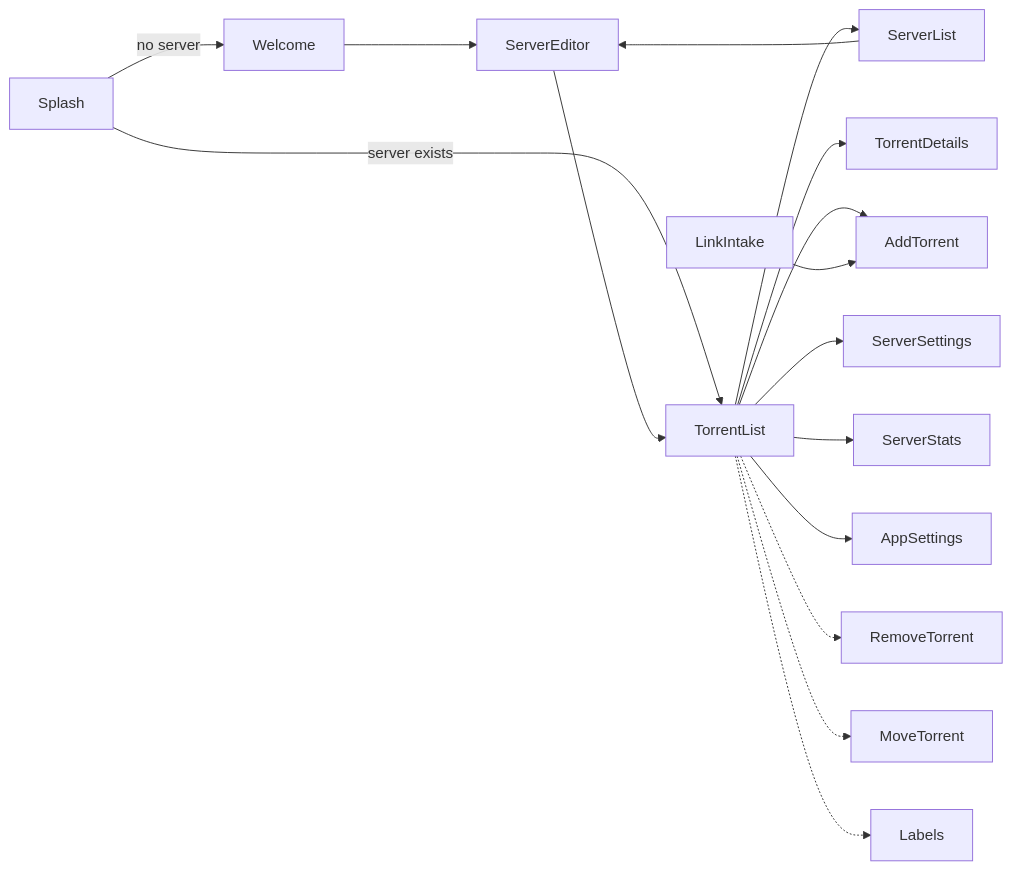
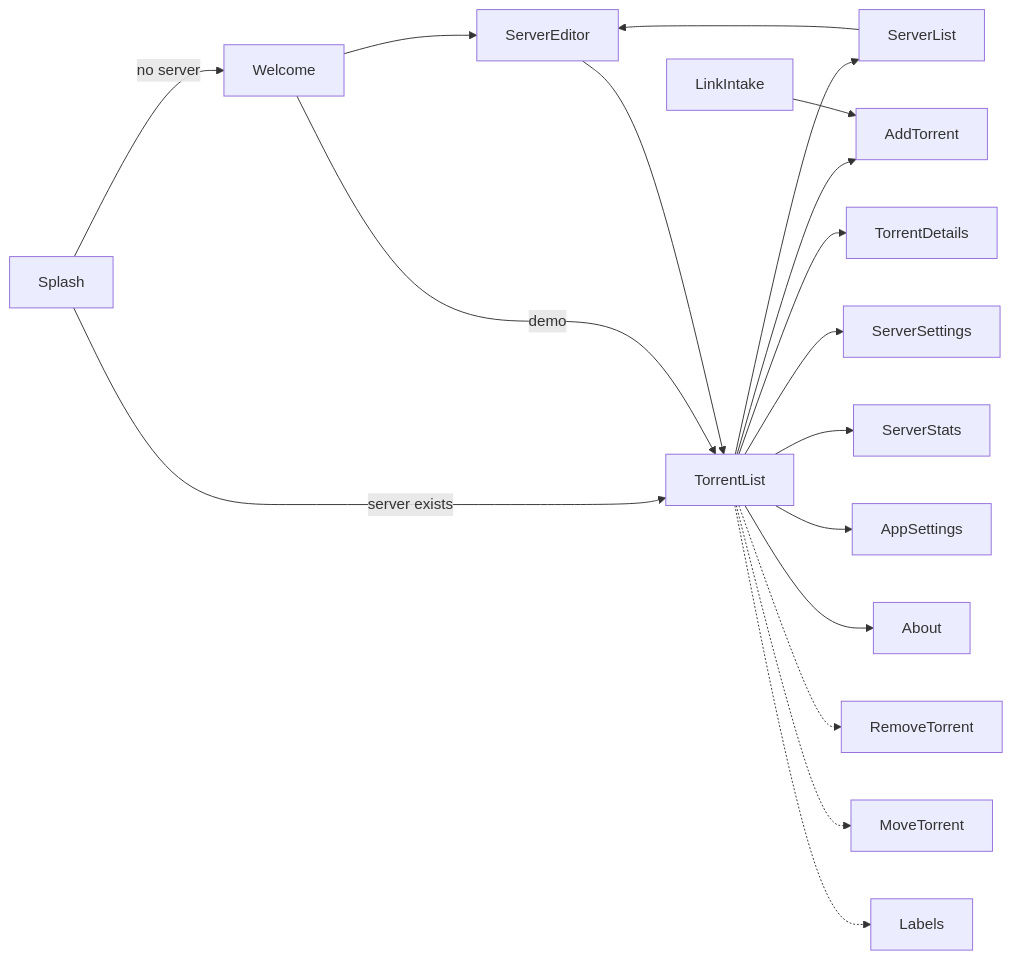
Before and after one commit to allco/transmission-client: the diagram in docs/reference/features.md, drawn with Mermaid. The commit also changed other lines of this file and 2 other files, not shown here.

````diff
--- a/docs/reference/features.md
+++ b/docs/reference/features.md
@@ -64,18 +72,20 @@
 ```mermaid
 flowchart LR
     Splash -->|no server| Welcome
     Splash -->|server exists| TorrentList
     Welcome --> ServerEditor
+    Welcome -->|demo| TorrentList
     ServerEditor --> TorrentList
     TorrentList --> ServerList
     ServerList --> ServerEditor
     TorrentList --> TorrentDetails
     TorrentList --> AddTorrent
     LinkIntake --> AddTorrent
     TorrentList --> ServerSettings
     TorrentList --> ServerStats
     TorrentList --> AppSettings
+    TorrentList --> About
     TorrentList -.-> RemoveTorrent
     TorrentList -.-> MoveTorrent
     TorrentList -.-> Labels
 ```
````
